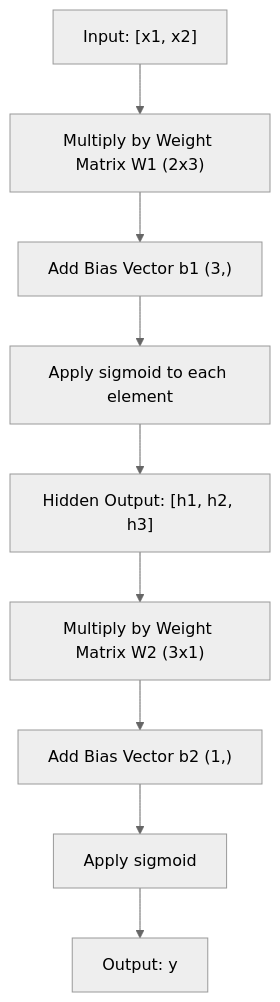
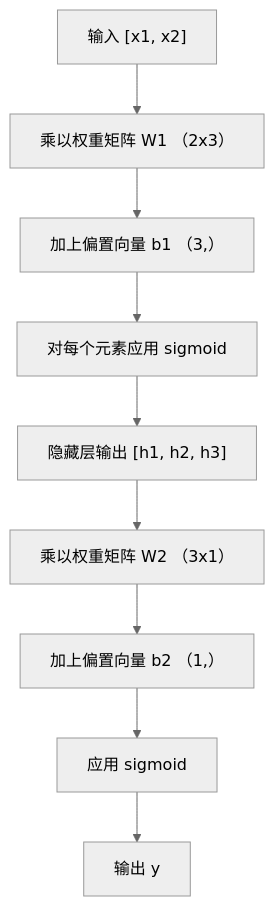
One commit to JerryC8080/ai-engineering-from-scratch-zh changed the second of 3 diagrams in phases/03-deep-learning-core/02-multi-layer-networks/docs/zh.md. Above: the diagram before and after it, drawn with Mermaid (neutral theme). The commit also changed other lines of this file and 156 other files, not shown here.

First line of the commit message:
i18n(zh): translate mermaid diagram labels in 157 lesson zh.md

````diff
--- a/phases/03-deep-learning-core/02-multi-layer-networks/docs/zh.md
+++ b/phases/03-deep-learning-core/02-multi-layer-networks/docs/zh.md
@@ -90,11 +90,11 @@
 ```mermaid
 graph TD
-    X["Input: [x1, x2]"] --> WH["Multiply by Weight Matrix W1 (2x3)"]
-    WH --> BH["Add Bias Vector b1 (3,)"]
-    BH --> AH["Apply sigmoid to each element"]
-    AH --> H["Hidden Output: [h1, h2, h3]"]
-    H --> WO["Multiply by Weight Matrix W2 (3x1)"]
-    WO --> BO["Add Bias Vector b2 (1,)"]
-    BO --> AO["Apply sigmoid"]
-    AO --> Y["Output: y"]
+    X["输入 [x1, x2]"] --> WH["乘以权重矩阵 W1 （2x3）"]
+    WH --> BH["加上偏置向量 b1 （3,）"]
+    BH --> AH["对每个元素应用 sigmoid"]
+    AH --> H["隐藏层输出 [h1, h2, h3]"]
+    H --> WO["乘以权重矩阵 W2 （3x1）"]
+    WO --> BO["加上偏置向量 b2 （1,）"]
+    BO --> AO["应用 sigmoid"]
+    AO --> Y["输出 y"]
 ```
````
